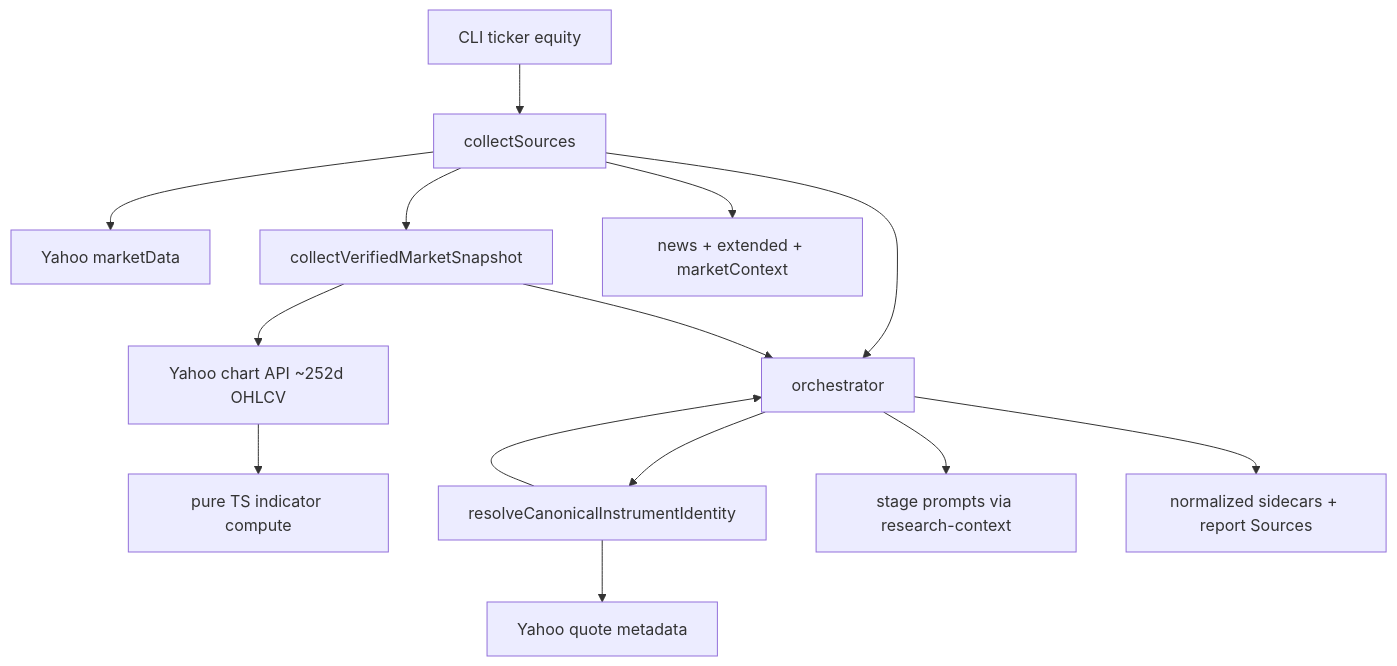
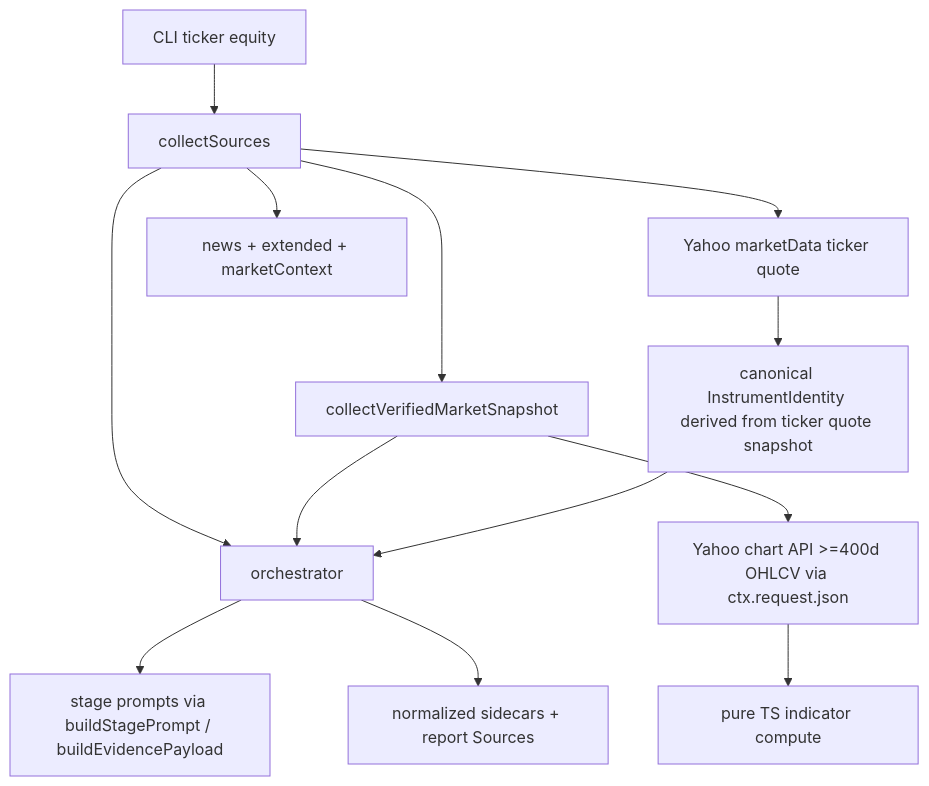
One commit to nejcm/market-bot changed the diagram in plans/verified-market-snapshot-phase-a.md. Above: the diagram before and after it, drawn with Mermaid. The commit also changed other lines of this file and 15 other files, not shown here.

````diff
--- a/plans/verified-market-snapshot-phase-a.md
+++ b/plans/verified-market-snapshot-phase-a.md
@@ -96,16 +110,15 @@
 ```mermaid
 flowchart TD
   cli[CLI ticker equity] --> collect[collectSources]
-  collect --> market[Yahoo marketData]
+  collect --> market[Yahoo marketData ticker quote]
   collect --> verified[collectVerifiedMarketSnapshot]
   collect --> news[news + extended + marketContext]
-  verified --> yahooChart[Yahoo chart API ~252d OHLCV]
+  verified --> yahooChart[Yahoo chart API >=400d OHLCV via ctx.request.json]
   yahooChart --> indicators[pure TS indicator compute]
-  orchestrator[orchestrator] --> identity[resolveCanonicalInstrumentIdentity]
-  identity --> yahooQuote[Yahoo quote metadata]
-  collect --> orchestrator
+  market --> identity[canonical InstrumentIdentity derived from ticker quote snapshot]
+  collect --> orchestrator[orchestrator]
   verified --> orchestrator
   identity --> orchestrator
-  orchestrator --> prompts[stage prompts via research-context]
+  orchestrator --> prompts[stage prompts via buildStagePrompt / buildEvidencePayload]
   orchestrator --> persist[normalized sidecars + report Sources]
 ```
````
